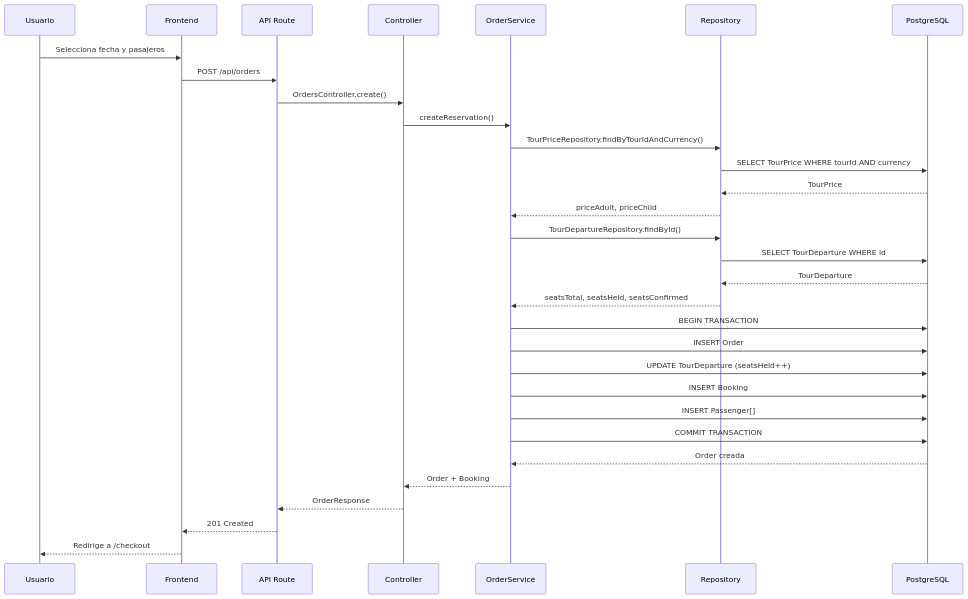
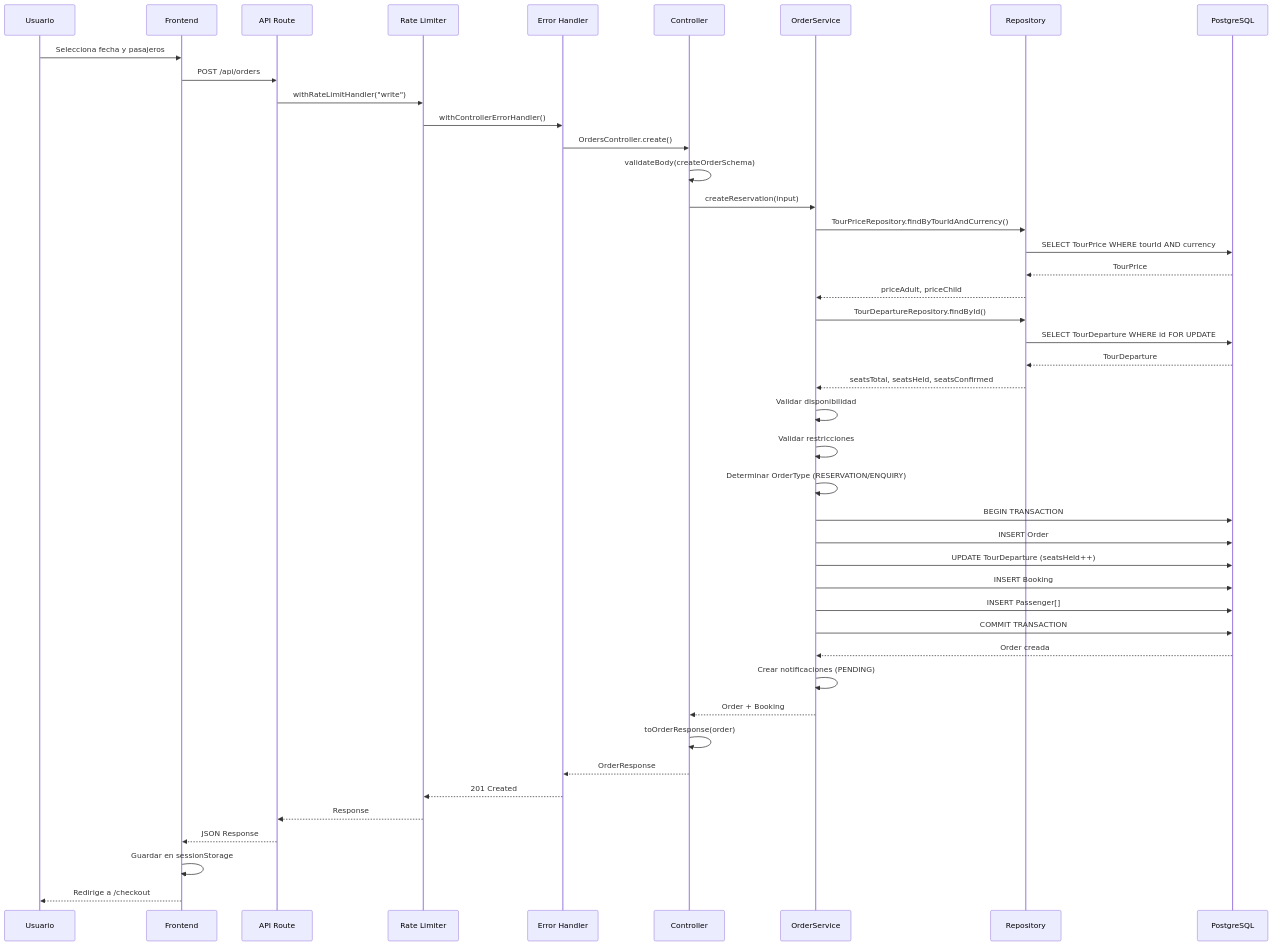
Before and after one commit to ximepaparella/antartur: the second of 12 diagrams in docs/ARCHITECTURE_DIAGRAM.md, drawn with Mermaid. The commit also changed other lines of this file and 19 other files, not shown here.

````diff
--- a/docs/ARCHITECTURE_DIAGRAM.md
+++ b/docs/ARCHITECTURE_DIAGRAM.md
@@ -47,38 +57,53 @@
 ```mermaid
 sequenceDiagram
     participant U as Usuario
     participant F as Frontend
     participant API as API Route
+    participant RL as Rate Limiter
+    participant EH as Error Handler
     participant C as Controller
     participant S as OrderService
     participant R as Repository
     participant DB as PostgreSQL
     
     U->>F: Selecciona fecha y pasajeros
     F->>API: POST /api/orders
-    API->>C: OrdersController.create()
-    C->>S: createReservation()
+    API->>RL: withRateLimitHandler("write")
+    RL->>EH: withControllerErrorHandler()
+    EH->>C: OrdersController.create()
+    
+    C->>C: validateBody(createOrderSchema)
+    C->>S: createReservation(input)
     
     S->>R: TourPriceRepository.findByTourIdAndCurrency()
     R->>DB: SELECT TourPrice WHERE tourId AND currency
     DB-->>R: TourPrice
     R-->>S: priceAdult, priceChild
     
     S->>R: TourDepartureRepository.findById()
-    R->>DB: SELECT TourDeparture WHERE id
+    R->>DB: SELECT TourDeparture WHERE id FOR UPDATE
     DB-->>R: TourDeparture
     R-->>S: seatsTotal, seatsHeld, seatsConfirmed
+    
+    S->>S: Validar disponibilidad
+    S->>S: Validar restricciones
+    S->>S: Determinar OrderType (RESERVATION/ENQUIRY)
     
     S->>DB: BEGIN TRANSACTION
     S->>DB: INSERT Order
     S->>DB: UPDATE TourDeparture (seatsHeld++)
     S->>DB: INSERT Booking
     S->>DB: INSERT Passenger[]
     S->>DB: COMMIT TRANSACTION
     
     DB-->>S: Order creada
+    S->>S: Crear notificaciones (PENDING)
     S-->>C: Order + Booking
-    C-->>API: OrderResponse
-    API-->>F: 201 Created
+    C->>C: toOrderResponse(order)
+    C-->>EH: OrderResponse
+    EH-->>RL: 201 Created
+    RL-->>API: Response
+    API-->>F: JSON Response
+    F->>F: Guardar en sessionStorage
     F-->>U: Redirige a /checkout
 ```
````
